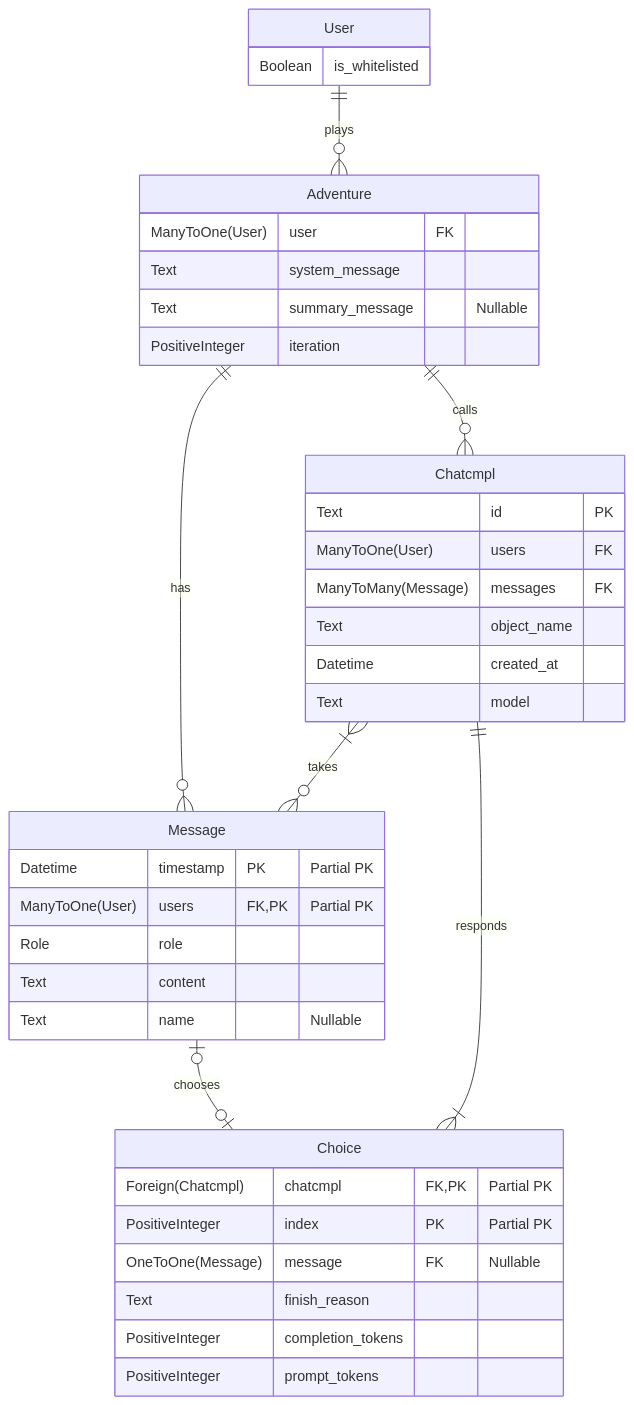
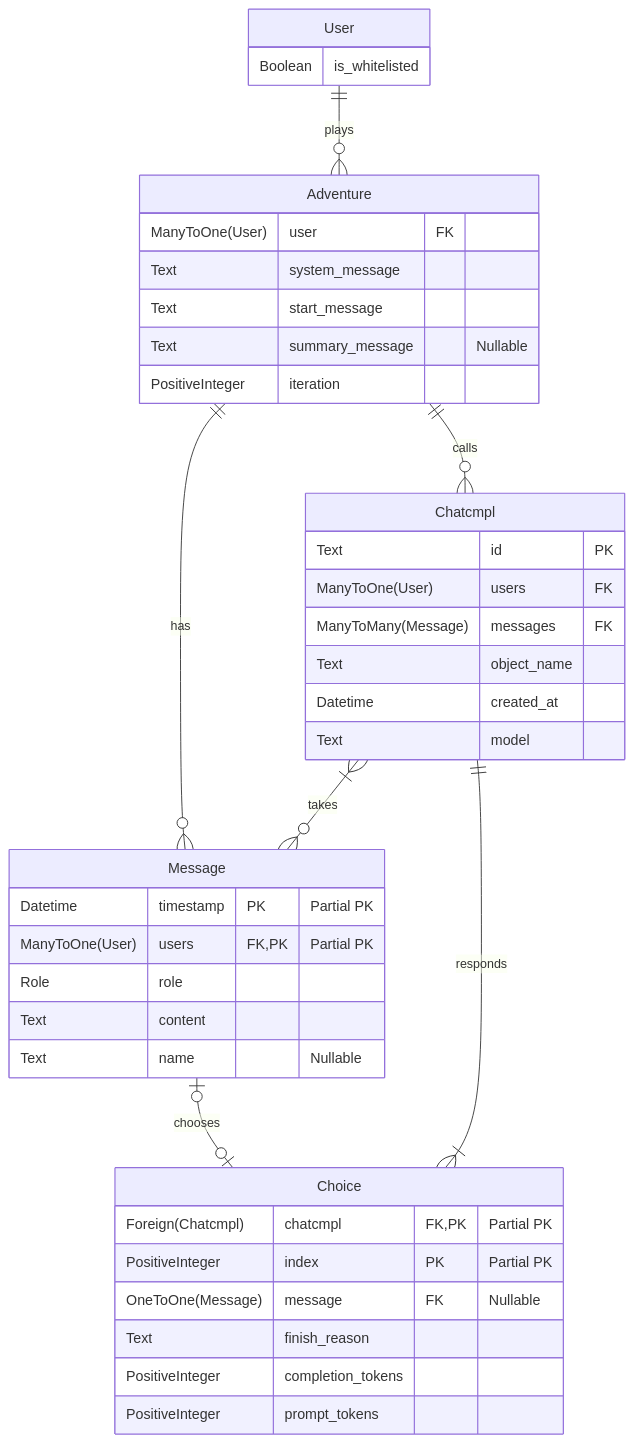
One commit to LioQing/verbose-adventure changed the second of 2 diagrams in README.md. Above: the diagram before and after it, drawn with Mermaid. The commit also changed other lines of this file and 5 other files, not shown here.

Commit message:
Update system flow

````diff
--- a/README.md
+++ b/README.md
@@ -57,51 +64,52 @@
 ```mermaid
 erDiagram
     User {
         Boolean is_whitelisted
     }
 
     Adventure {
         ManyToOne(User) user FK
         Text system_message
+        Text start_message
         Text summary_message "Nullable"
         PositiveInteger iteration
     }
 
     Message {
         Datetime timestamp PK "Partial PK"
         ManyToOne(User) users FK,PK "Partial PK"
         Role role
         Text content
         Text name "Nullable"
     }
 
     Chatcmpl {
         Text id PK
         ManyToOne(User) users FK
         ManyToMany(Message) messages FK
         Text object_name
         Datetime created_at
         Text model
     }
 
     Choice {
         Foreign(Chatcmpl) chatcmpl FK,PK "Partial PK"
         PositiveInteger index PK "Partial PK"
         OneToOne(Message) message FK "Nullable"
         Text finish_reason
         PositiveInteger completion_tokens
         PositiveInteger prompt_tokens
     }
 
     User ||--o{ Adventure : plays
 
     Adventure ||--o{ Message : has
 
     Adventure ||--o{ Chatcmpl : calls
 
     Chatcmpl }|--o{ Message : takes
 
     Chatcmpl ||--|{ Choice : responds
 
     Message |o--o| Choice : chooses
 ```
````
